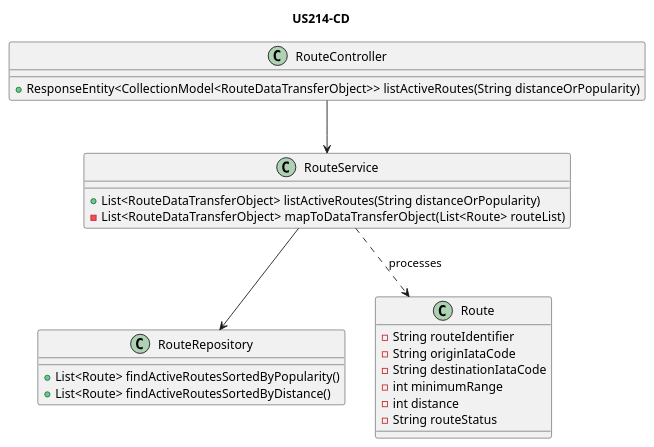
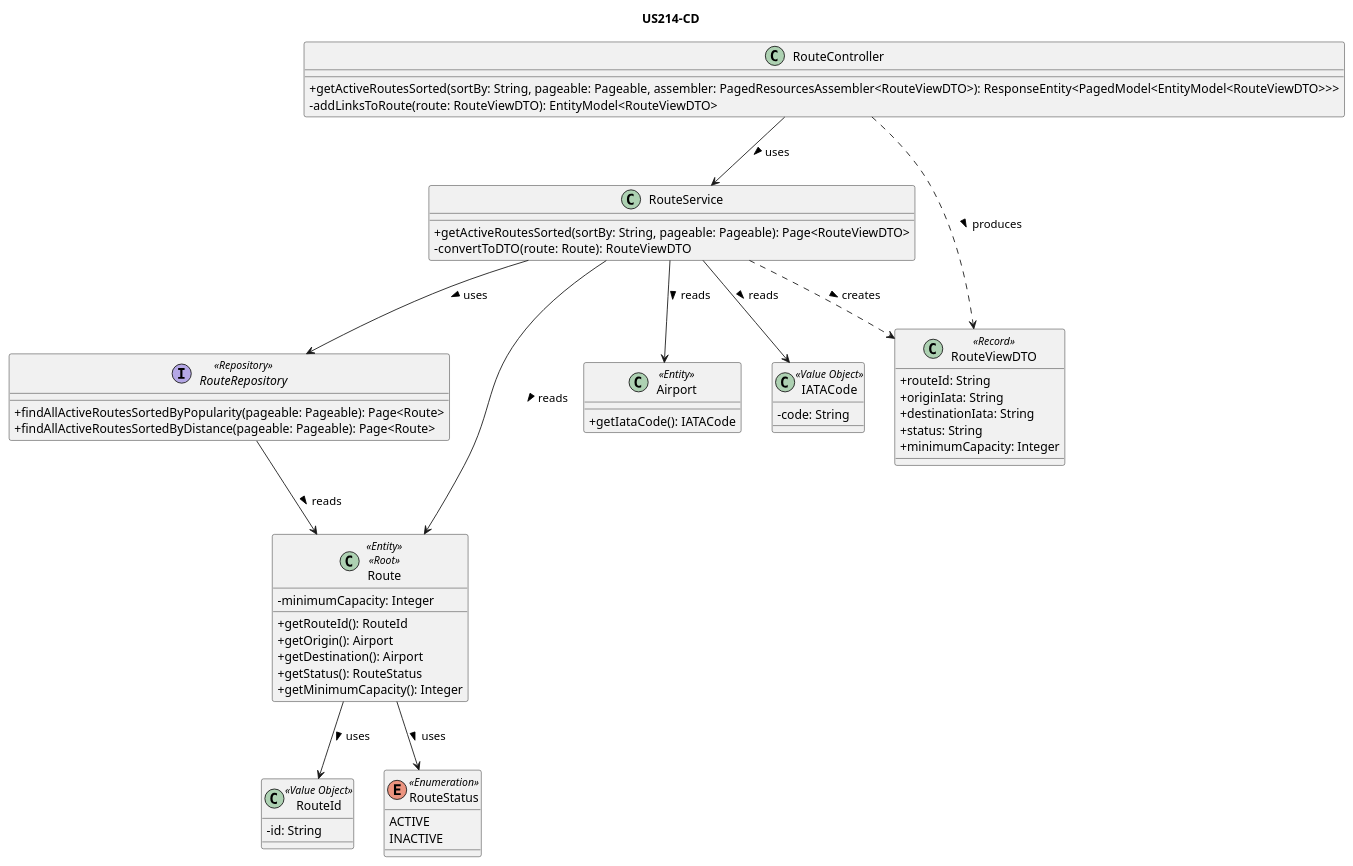
Before and after one commit to anamartasilvaa/PSOFT_AISafe_Flight: the diagram in docs/WP#3B - Enhanced Route Management/US214/US214-CD.puml, drawn with PlantUML. The commit also changed 18 other files, not shown here.

Commit message:
diagramas de WP#3B

```diff
--- a/docs/WP#3B - Enhanced Route Management/US214/US214-CD.puml
+++ b/docs/WP#3B - Enhanced Route Management/US214/US214-CD.puml
@@ -1,29 +1,66 @@
 @startuml
+skinparam classAttributeIconSize 0
 title US214-CD
+
 class RouteController {
-    + ResponseEntity<CollectionModel<RouteDataTransferObject>> listActiveRoutes(String distanceOrPopularity)
+    + getActiveRoutesSorted(sortBy: String, pageable: Pageable, assembler: PagedResourcesAssembler<RouteViewDTO>): ResponseEntity<PagedModel<EntityModel<RouteViewDTO>>>
+    - addLinksToRoute(route: RouteViewDTO): EntityModel<RouteViewDTO>
 }
 
 class RouteService {
-    + List<RouteDataTransferObject> listActiveRoutes(String distanceOrPopularity)
-    - List<RouteDataTransferObject> mapToDataTransferObject(List<Route> routeList)
+    + getActiveRoutesSorted(sortBy: String, pageable: Pageable): Page<RouteViewDTO>
+    - convertToDTO(route: Route): RouteViewDTO
 }
 
-class RouteRepository {
-    + List<Route> findActiveRoutesSortedByPopularity()
-    + List<Route> findActiveRoutesSortedByDistance()
+interface RouteRepository <<Repository>> {
+    + findAllActiveRoutesSortedByPopularity(pageable: Pageable): Page<Route>
+    + findAllActiveRoutesSortedByDistance(pageable: Pageable): Page<Route>
 }
 
-class Route {
-    - String routeIdentifier
-    - String originIataCode
-    - String destinationIataCode
-    - int minimumRange
-    - int distance
-    - String routeStatus
+class Route <<Entity>> <<Root>> {
+    - minimumCapacity: Integer
+    + getRouteId(): RouteId
+    + getOrigin(): Airport
+    + getDestination(): Airport
+    + getStatus(): RouteStatus
+    + getMinimumCapacity(): Integer
 }
 
-RouteController --> RouteService
-RouteService --> RouteRepository
-RouteService ..> Route : processes
+class Airport <<Entity>> {
+    + getIataCode(): IATACode
+}
+
+class IATACode <<Value Object>> {
+    - code: String
+}
+
+class RouteId <<Value Object>> {
+    - id: String
+}
+
+enum RouteStatus <<Enumeration>> {
+    ACTIVE
+    INACTIVE
+}
+
+class RouteViewDTO <<Record>> {
+    + routeId: String
+    + originIata: String
+    + destinationIata: String
+    + status: String
+    + minimumCapacity: Integer
+}
+
+RouteController ..> RouteViewDTO : produces >
+RouteController --> RouteService : uses >
+
+RouteService ..> RouteViewDTO : creates >
+RouteService --> RouteRepository : uses >
+RouteService --> Route : reads >
+RouteService --> Airport : reads >
+RouteService --> IATACode : reads >
+
+RouteRepository --> Route : reads >
+Route --> RouteStatus : uses >
+Route --> RouteId : uses >
 @enduml
```
